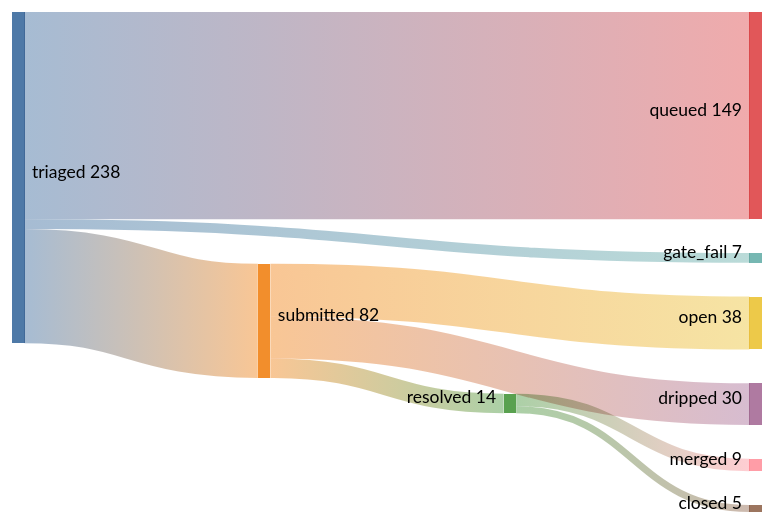
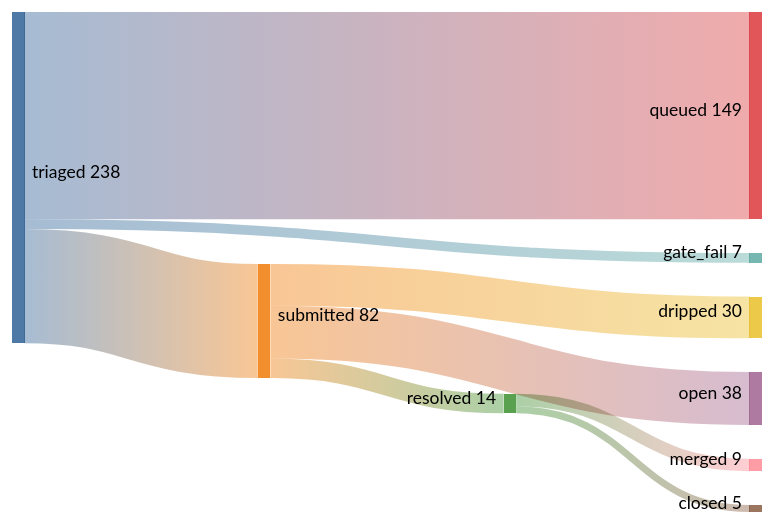
The diagram in README.md (kimjune01/kimjune01), drawn with Mermaid (forest theme) before and after one commit. The commit also changed other lines of this file, not shown here.

````diff
--- a/README.md
+++ b/README.md
@@ -5,11 +5,11 @@
 ```mermaid
 sankey-beta
     triaged, submitted, 82
     triaged, queued, 149
     triaged, gate_fail, 7
     submitted, resolved, 14
+    submitted, dripped, 30
     submitted, open, 38
-    submitted, dripped, 30
     resolved, merged, 9
     resolved, closed, 5
 ```
````
